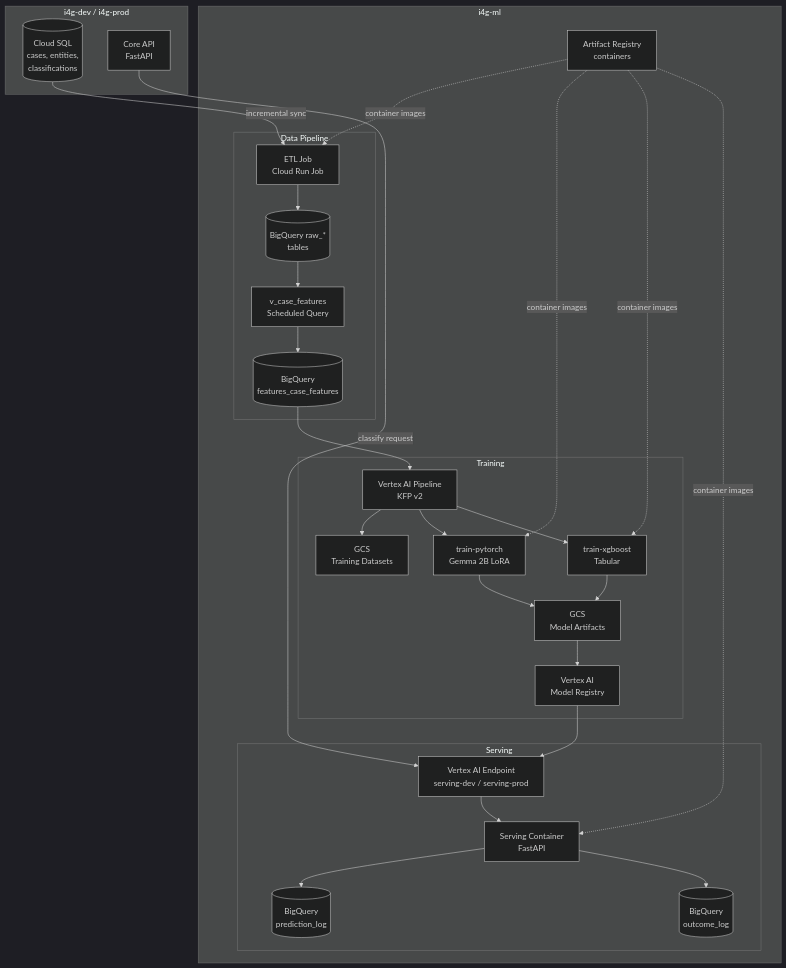
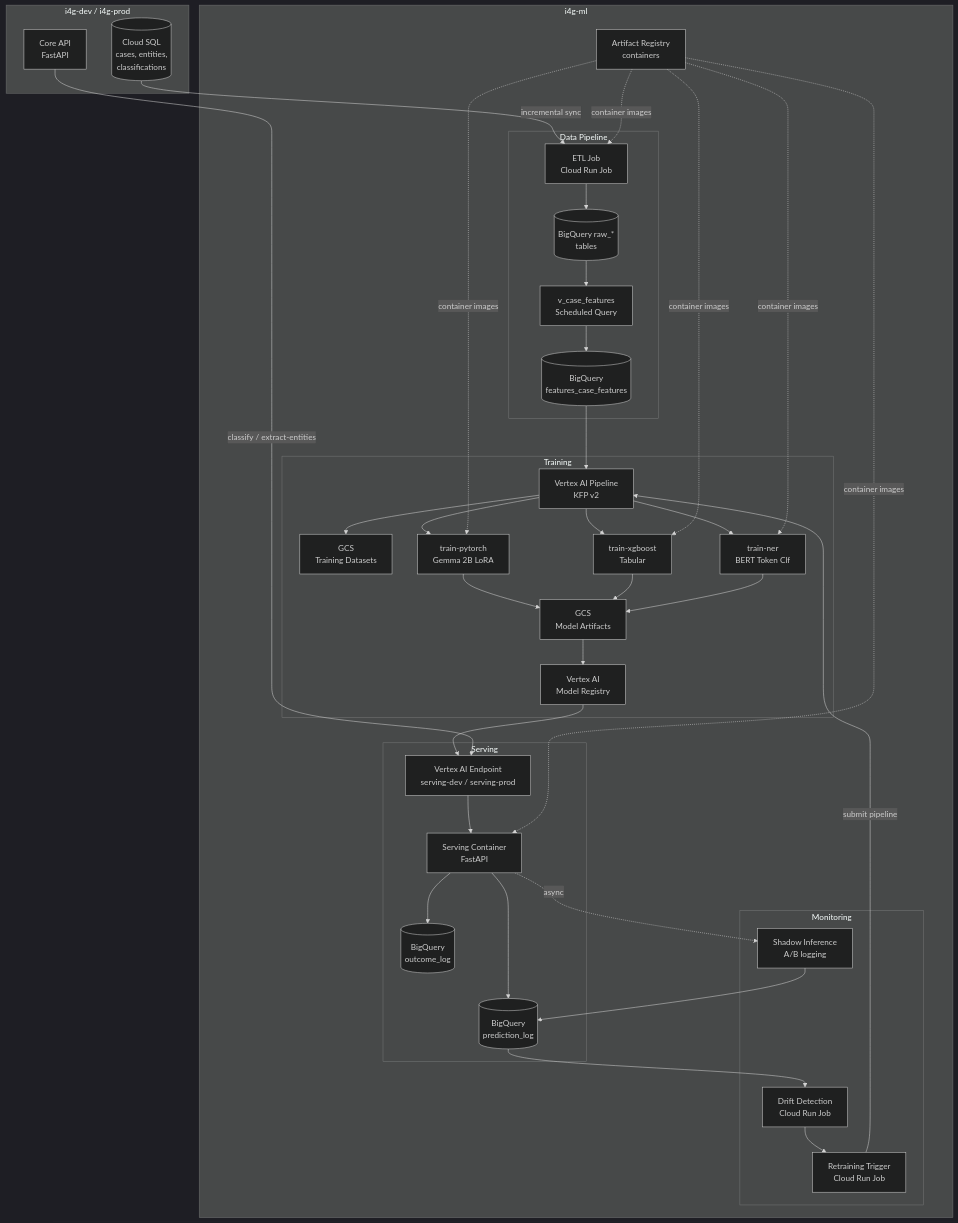
One commit to intelligenceforgood/ml changed the diagram in docs/design/architecture.md. Above: the diagram before and after it, drawn with Mermaid (dark theme). The commit also changed other lines of this file and 41 other files, not shown here.

First line of the commit message:
feat(phase-2): monitoring, shadow mode, vizier, continuous retraining, NER model

````diff
--- a/docs/design/architecture.md
+++ b/docs/design/architecture.md
@@ -10,55 +10,70 @@
 ```mermaid
 graph TB
     subgraph "i4g-dev / i4g-prod"
         CoreDB[(Cloud SQL<br/>cases, entities,<br/>classifications)]
         CoreAPI[Core API<br/>FastAPI]
     end
 
     subgraph "i4g-ml"
         subgraph "Data Pipeline"
             ETL[ETL Job<br/>Cloud Run Job]
             BQ_RAW[(BigQuery raw_*<br/>tables)]
             BQ_FEAT[(BigQuery<br/>features_case_features)]
             SQL_VIEW[v_case_features<br/>Scheduled Query]
         end
 
         subgraph "Training"
             GCS_DATA[GCS<br/>Training Datasets]
             GCS_ARTIFACTS[GCS<br/>Model Artifacts]
             PIPELINE[Vertex AI Pipeline<br/>KFP v2]
             TRAIN_PT[train-pytorch<br/>Gemma 2B LoRA]
             TRAIN_XGB[train-xgboost<br/>Tabular]
+            TRAIN_NER[train-ner<br/>BERT Token Clf]
             REGISTRY[Vertex AI<br/>Model Registry]
         end
 
         subgraph "Serving"
             ENDPOINT[Vertex AI Endpoint<br/>serving-dev / serving-prod]
             SERVE[Serving Container<br/>FastAPI]
             BQ_PRED[(BigQuery<br/>prediction_log)]
             BQ_OUT[(BigQuery<br/>outcome_log)]
+        end
+
+        subgraph "Monitoring"
+            DRIFT[Drift Detection<br/>Cloud Run Job]
+            RETRAIN[Retraining Trigger<br/>Cloud Run Job]
+            SHADOW[Shadow Inference<br/>A/B logging]
         end
 
         AR[Artifact Registry<br/>containers]
     end
 
     CoreDB -->|incremental sync| ETL
     ETL --> BQ_RAW
     BQ_RAW --> SQL_VIEW
     SQL_VIEW --> BQ_FEAT
     BQ_FEAT --> PIPELINE
     PIPELINE --> GCS_DATA
     PIPELINE --> TRAIN_PT
     PIPELINE --> TRAIN_XGB
+    PIPELINE --> TRAIN_NER
     TRAIN_PT --> GCS_ARTIFACTS
     TRAIN_XGB --> GCS_ARTIFACTS
+    TRAIN_NER --> GCS_ARTIFACTS
     GCS_ARTIFACTS --> REGISTRY
     REGISTRY --> ENDPOINT
     ENDPOINT --> SERVE
     SERVE --> BQ_PRED
     SERVE --> BQ_OUT
-    CoreAPI -->|classify request| ENDPOINT
+    CoreAPI -->|classify / extract-entities| ENDPOINT
+    BQ_PRED --> DRIFT
+    DRIFT --> RETRAIN
+    RETRAIN -->|submit pipeline| PIPELINE
+    SERVE -.->|async| SHADOW
+    SHADOW --> BQ_PRED
     AR -.->|container images| ETL
     AR -.->|container images| TRAIN_PT
     AR -.->|container images| TRAIN_XGB
+    AR -.->|container images| TRAIN_NER
     AR -.->|container images| SERVE
 ```
````
